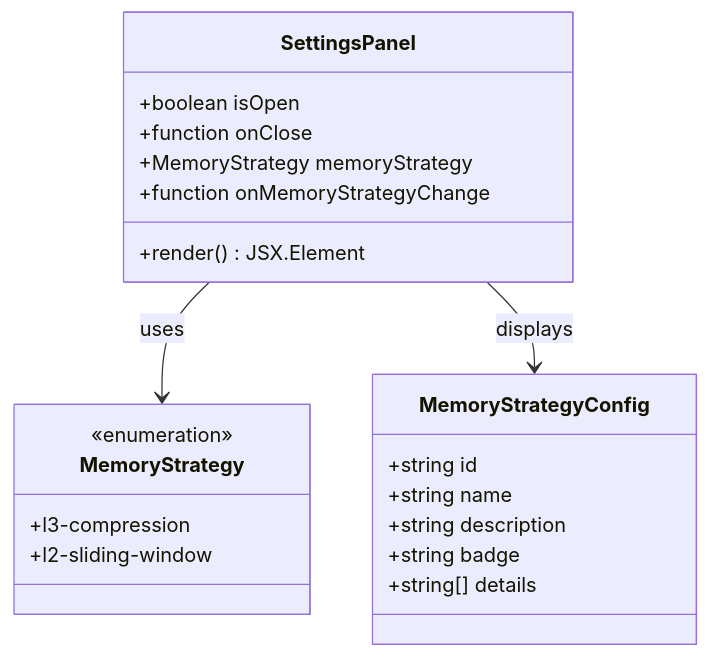
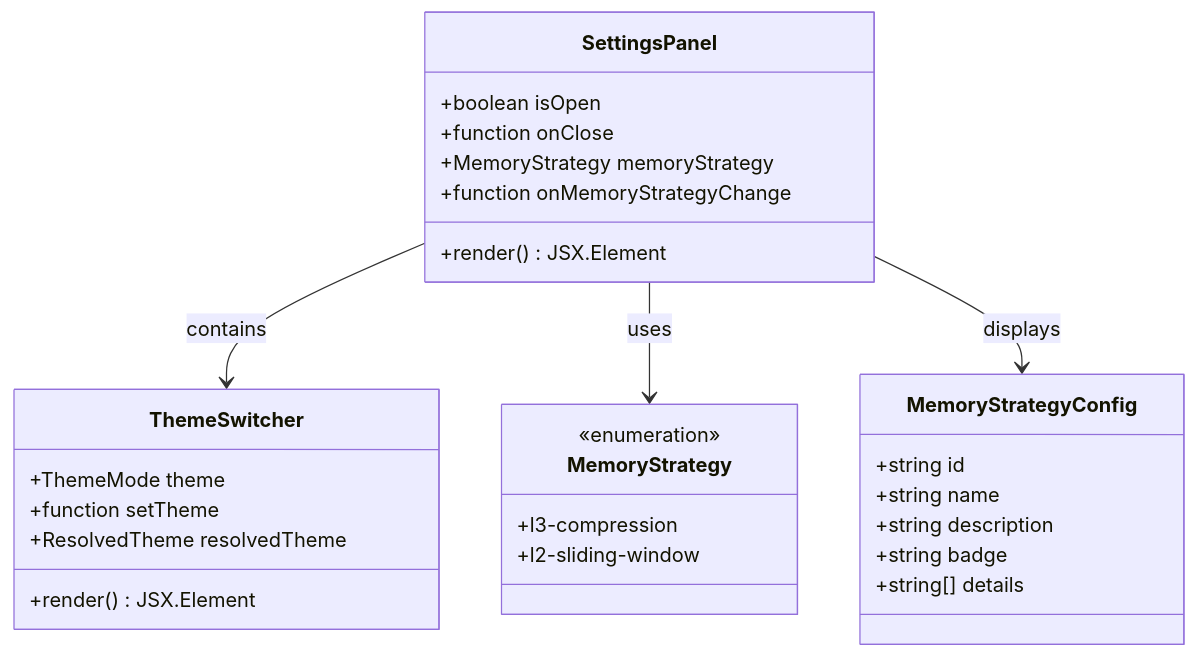
The third of 12 diagrams in .qoder/repowiki/zh/content/项目概述/整体架构概览/Web应用程序/设置面板组件.md (CryptoLinxu/Web3-AI-Agent), drawn with Mermaid before and after one commit. The commit also changed other lines of this file and 18 other files, not shown here.

````diff
--- a/.qoder/repowiki/zh/content/项目概述/整体架构概览/Web应用程序/设置面板组件.md
+++ b/.qoder/repowiki/zh/content/项目概述/整体架构概览/Web应用程序/设置面板组件.md
@@ -142,24 +190,31 @@
 ```mermaid
 classDiagram
 class SettingsPanel {
 +boolean isOpen
 +function onClose
 +MemoryStrategy memoryStrategy
 +function onMemoryStrategyChange
++render() JSX.Element
+}
+class ThemeSwitcher {
++ThemeMode theme
++function setTheme
++ResolvedTheme resolvedTheme
 +render() JSX.Element
 }
 class MemoryStrategy {
 <<enumeration>>
 +l3-compression
 +l2-sliding-window
 }
 class MemoryStrategyConfig {
 +string id
 +string name
 +string description
 +string badge
 +string[] details
 }
+SettingsPanel --> ThemeSwitcher : contains
 SettingsPanel --> MemoryStrategy : uses
 SettingsPanel --> MemoryStrategyConfig : displays
 ```
````
